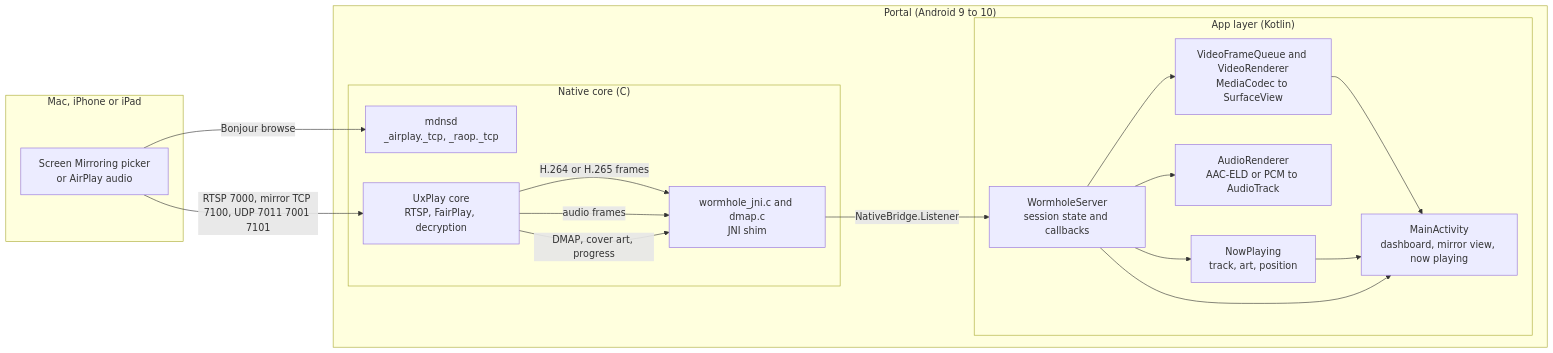
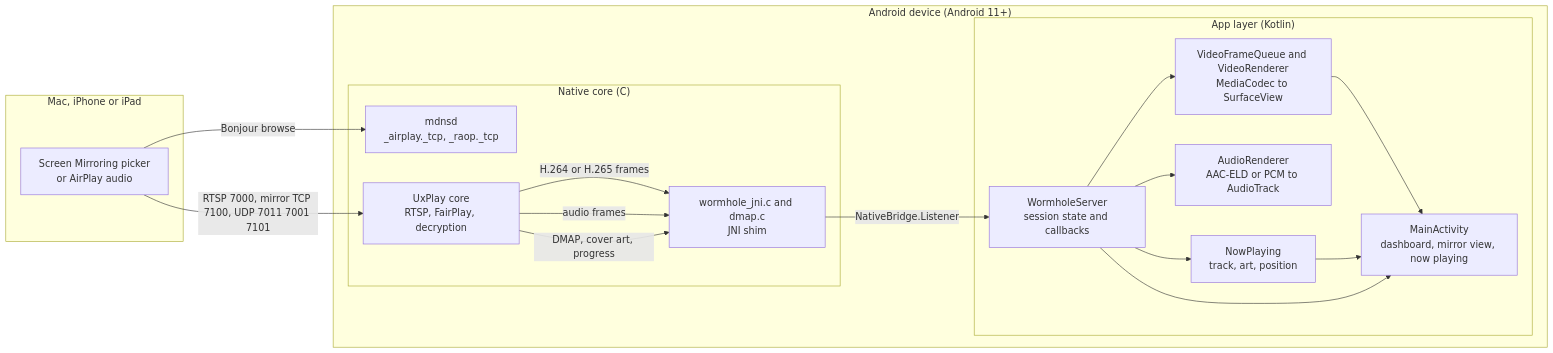
One commit to swide-git/second-display changed the first of 6 diagrams in docs/architecture.md. Above: the diagram before and after it, drawn with Mermaid. The commit also changed other lines of this file and 3 other files, not shown here.

````diff
--- a/docs/architecture.md
+++ b/docs/architecture.md
@@ -47,34 +47,34 @@
 ```mermaid
 flowchart LR
     subgraph Sender["Mac, iPhone or iPad"]
         PICK["Screen Mirroring picker<br/>or AirPlay audio"]
     end
 
-    subgraph Portal["Portal (Android 9 to 10)"]
+    subgraph Portal["Android device (Android 11+)"]
         subgraph Native["Native core (C)"]
             MDNS["mdnsd<br/>_airplay._tcp, _raop._tcp"]
             CORE["UxPlay core<br/>RTSP, FairPlay, decryption"]
             SHIM["wormhole_jni.c and dmap.c<br/>JNI shim"]
         end
         subgraph Kotlin["App layer (Kotlin)"]
             SRV["WormholeServer<br/>session state and callbacks"]
             VID["VideoFrameQueue and VideoRenderer<br/>MediaCodec to SurfaceView"]
             AUD["AudioRenderer<br/>AAC-ELD or PCM to AudioTrack"]
             NP["NowPlaying<br/>track, art, position"]
             UI["MainActivity<br/>dashboard, mirror view, now playing"]
         end
     end
 
     PICK -- "Bonjour browse" --> MDNS
     PICK -- "RTSP 7000, mirror TCP 7100, UDP 7011 7001 7101" --> CORE
     CORE -- "H.264 or H.265 frames" --> SHIM
     CORE -- "audio frames" --> SHIM
     CORE -- "DMAP, cover art, progress" --> SHIM
     SHIM -- "NativeBridge.Listener" --> SRV
     SRV --> VID
     SRV --> AUD
     SRV --> NP
     VID --> UI
     NP --> UI
     SRV --> UI
 ```
````
